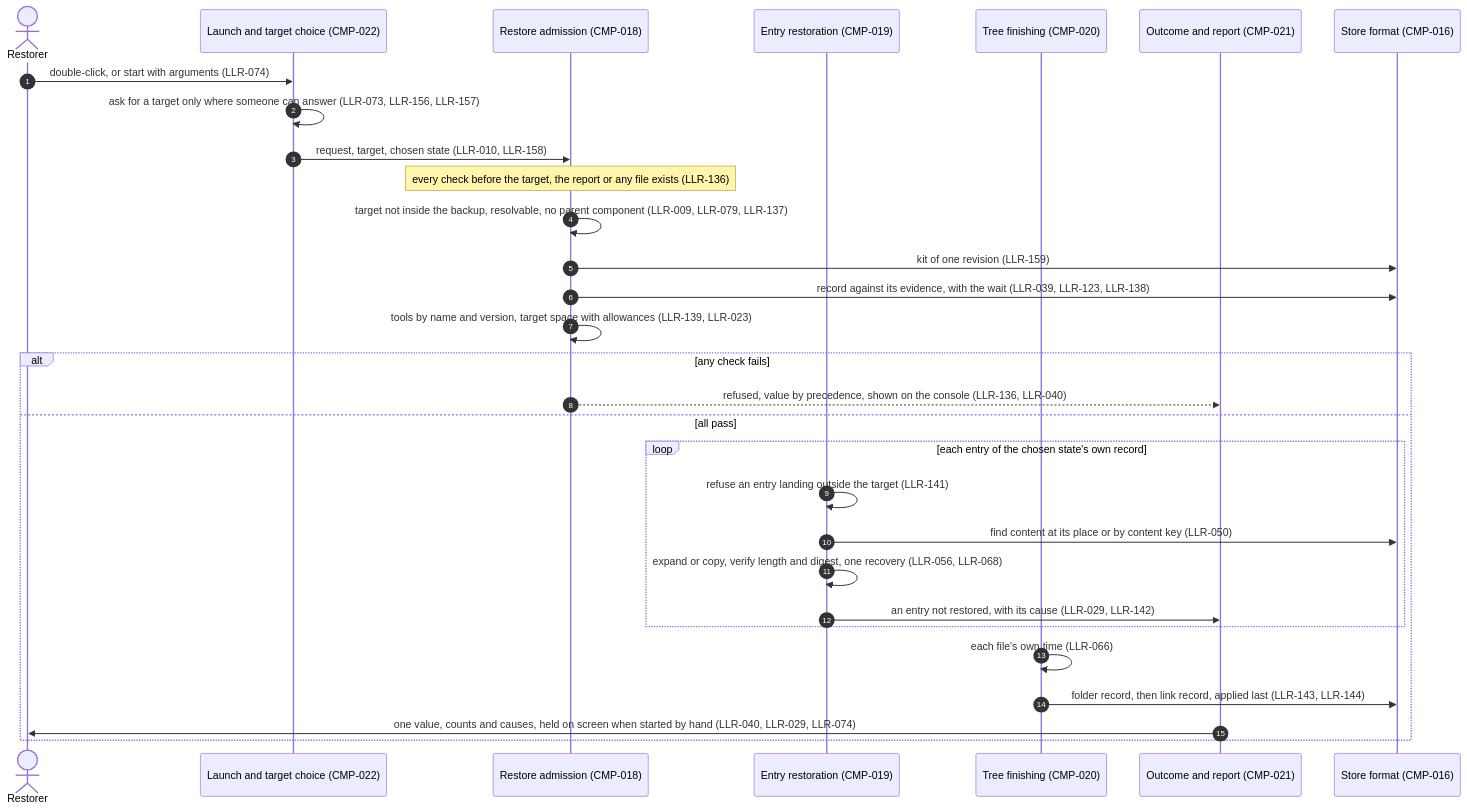
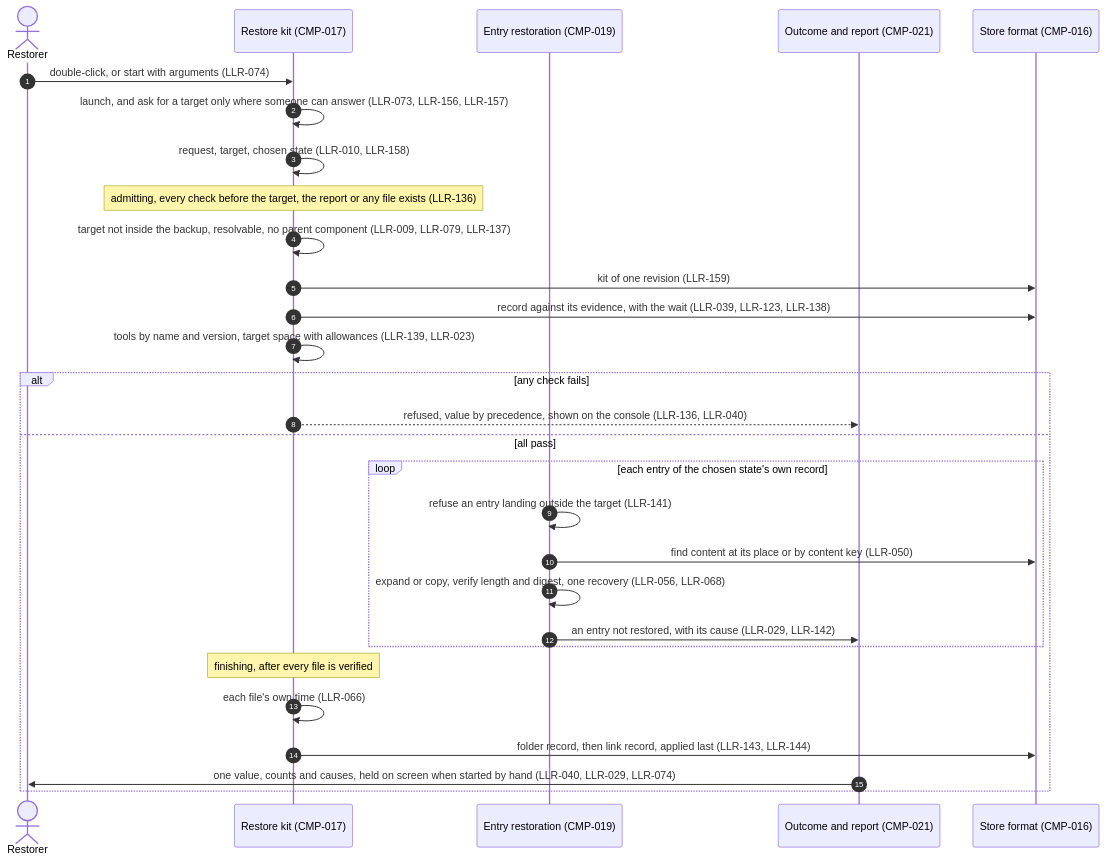
The sixth of 9 diagrams in docs/runtime-flows.md (diytechy/FileBackup), drawn with Mermaid before and after one commit. The commit also changed other lines of this file and 8 other files, not shown here.

````diff
--- a/docs/runtime-flows.md
+++ b/docs/runtime-flows.md
@@ -200,32 +198,31 @@
 ```mermaid
 sequenceDiagram
     autonumber
     actor U as Restorer
-    participant L as Launch and target choice (CMP-022)
-    participant Adm as Restore admission (CMP-018)
+    participant Kit as Restore kit (CMP-017)
     participant Ent as Entry restoration (CMP-019)
-    participant Fin as Tree finishing (CMP-020)
     participant Out as Outcome and report (CMP-021)
     participant Store as Store format (CMP-016)
-    U->>L: double-click, or start with arguments (LLR-074)
-    L->>L: ask for a target only where someone can answer (LLR-073, LLR-156, LLR-157)
-    L->>Adm: request, target, chosen state (LLR-010, LLR-158)
-    Note over Adm: every check before the target, the report or any file exists (LLR-136)
-    Adm->>Adm: target not inside the backup, resolvable, no parent component (LLR-009, LLR-079, LLR-137)
-    Adm->>Store: kit of one revision (LLR-159)
-    Adm->>Store: record against its evidence, with the wait (LLR-039, LLR-123, LLR-138)
-    Adm->>Adm: tools by name and version, target space with allowances (LLR-139, LLR-023)
+    U->>Kit: double-click, or start with arguments (LLR-074)
+    Kit->>Kit: launch, and ask for a target only where someone can answer (LLR-073, LLR-156, LLR-157)
+    Kit->>Kit: request, target, chosen state (LLR-010, LLR-158)
+    Note over Kit: admitting, every check before the target, the report or any file exists (LLR-136)
+    Kit->>Kit: target not inside the backup, resolvable, no parent component (LLR-009, LLR-079, LLR-137)
+    Kit->>Store: kit of one revision (LLR-159)
+    Kit->>Store: record against its evidence, with the wait (LLR-039, LLR-123, LLR-138)
+    Kit->>Kit: tools by name and version, target space with allowances (LLR-139, LLR-023)
     alt any check fails
-        Adm-->>Out: refused, value by precedence, shown on the console (LLR-136, LLR-040)
+        Kit-->>Out: refused, value by precedence, shown on the console (LLR-136, LLR-040)
     else all pass
         loop each entry of the chosen state's own record
             Ent->>Ent: refuse an entry landing outside the target (LLR-141)
             Ent->>Store: find content at its place or by content key (LLR-050)
             Ent->>Ent: expand or copy, verify length and digest, one recovery (LLR-056, LLR-068)
             Ent->>Out: an entry not restored, with its cause (LLR-029, LLR-142)
         end
-        Fin->>Fin: each file's own time (LLR-066)
-        Fin->>Store: folder record, then link record, applied last (LLR-143, LLR-144)
+        Note over Kit: finishing, after every file is verified
+        Kit->>Kit: each file's own time (LLR-066)
+        Kit->>Store: folder record, then link record, applied last (LLR-143, LLR-144)
         Out->>U: one value, counts and causes, held on screen when started by hand (LLR-040, LLR-029, LLR-074)
     end
 ```
````
